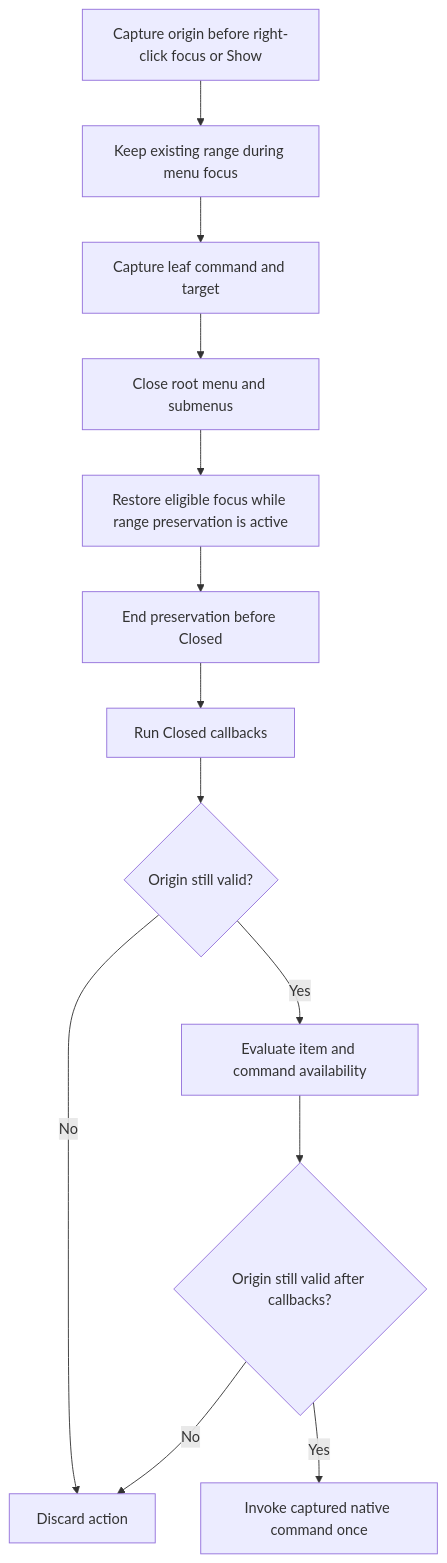
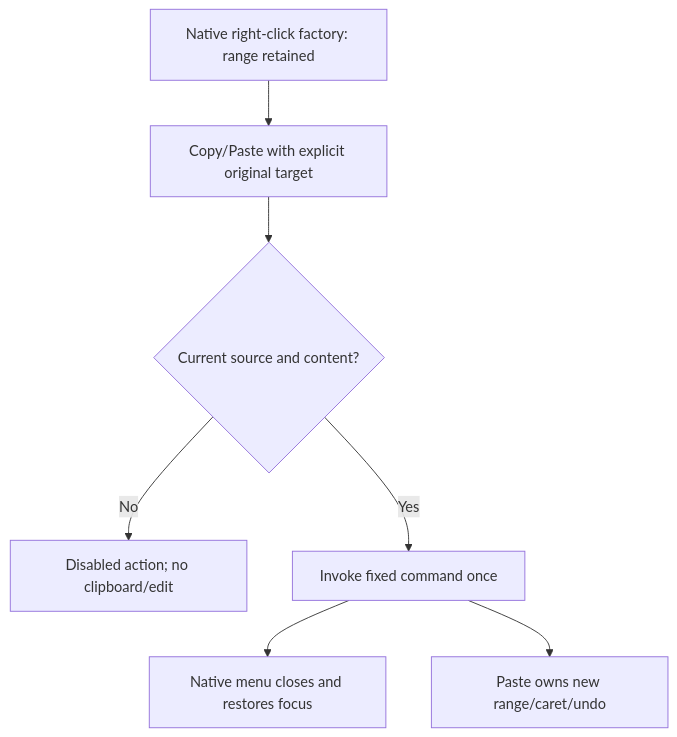
Before and after one commit to katasec/mission-control-language: the second of 3 diagrams in docs/phases/phase-70.1-text-interaction-foundation.md, drawn with Mermaid. The commit also changed other lines of this file and 5 other files, not shown here.

````diff
--- a/docs/phases/phase-70.1-text-interaction-foundation.md
+++ b/docs/phases/phase-70.1-text-interaction-foundation.md
@@ -131,15 +142,9 @@
 ```mermaid
 flowchart TD
-    Capture[Capture origin before right-click focus or Show] --> Hold[Keep existing range during menu focus]
-    Hold --> Pick[Capture leaf command and target]
-    Pick --> Close[Close root menu and submenus]
-    Close --> Restore[Restore eligible focus while range preservation is active]
-    Restore --> End[End preservation before Closed]
-    End --> Callbacks[Run Closed callbacks]
-    Callbacks --> Valid{Origin still valid?}
-    Valid -->|No| Reject[Discard action]
-    Valid -->|Yes| Availability[Evaluate item and command availability]
-    Availability --> Recheck{Origin still valid after callbacks?}
-    Recheck -->|No| Reject
-    Recheck -->|Yes| Invoke[Invoke captured native command once]
+    Open[Native right-click factory: range retained] --> Menu[Copy/Paste with explicit original target]
+    Menu --> Check{Current source and content?}
+    Check -->|No| Disabled[Disabled action; no clipboard/edit]
+    Check -->|Yes| Invoke[Invoke fixed command once]
+    Invoke --> Close[Native menu closes and restores focus]
+    Invoke --> Edit[Paste owns new range/caret/undo]
 ```
````
